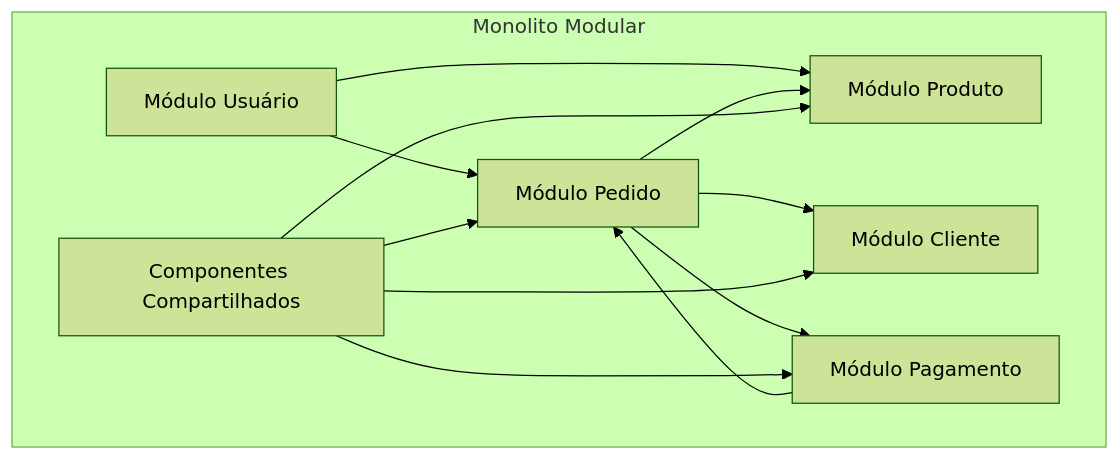
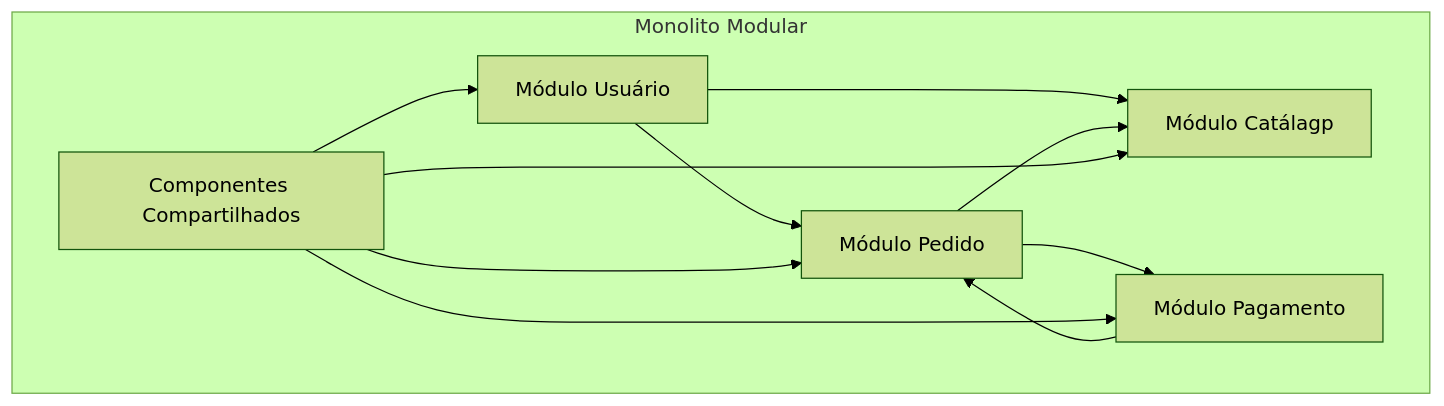
One commit to FIAP-SOAT-TECH-TEAM/foodcore-api changed the second of 7 diagrams in README.md. Above: the diagram before and after it, drawn with Mermaid (forest theme). The commit also changed other lines of this file, not shown here.

````diff
--- a/README.md
+++ b/README.md
@@ -89,23 +89,21 @@
 ```mermaid
 graph TD
     subgraph "Monolito Modular"
         USER[Módulo Usuário]
         ORDER[Módulo Pedido]
-        CUSTOMER[Módulo Cliente]
-        PRODUCT[Módulo Produto]
+        CATÁLOGO[Módulo Catálagp]
         PAYMENT[Módulo Pagamento]
         SHARED[Componentes Compartilhados]
-        
-        USER --> PRODUCT
+
+        USER --> CATÁLOGO
         USER --> ORDER
-        ORDER --> CUSTOMER
-        ORDER --> PRODUCT
+        ORDER --> CATÁLOGO
         ORDER --> PAYMENT
         PAYMENT --> ORDER
-        
+
         SHARED --> ORDER
-        SHARED --> CUSTOMER
-        SHARED --> PRODUCT
+        SHARED --> USER
+        SHARED --> CATÁLOGO
         SHARED --> PAYMENT
     end
 ```
````
